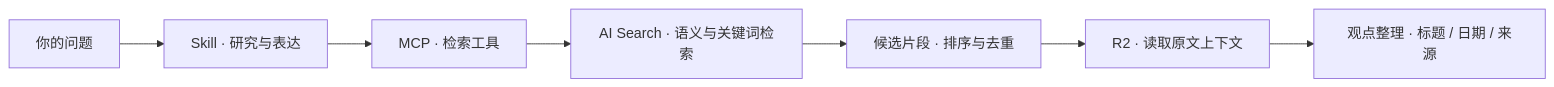
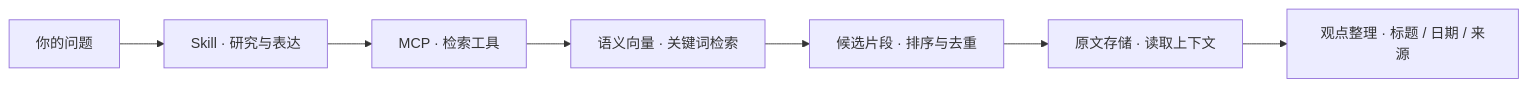
The diagram in README.md (lucianwhy/fengshu-knowledge), drawn with Mermaid before and after one commit. The commit also changed other lines of this file and 1 other file, not shown here.

````diff
--- a/README.md
+++ b/README.md
@@ -51,9 +51,9 @@
 ```mermaid
 flowchart LR
     Q[你的问题] --> S[Skill · 研究与表达]
     S --> M[MCP · 检索工具]
-    M --> A[AI Search · 语义与关键词检索]
+    M --> A[语义向量 · 关键词检索]
     A --> C[候选片段 · 排序与去重]
-    C --> R[R2 · 读取原文上下文]
+    C --> R[原文存储 · 读取上下文]
     R --> O[观点整理 · 标题 / 日期 / 来源]
 ```
````
